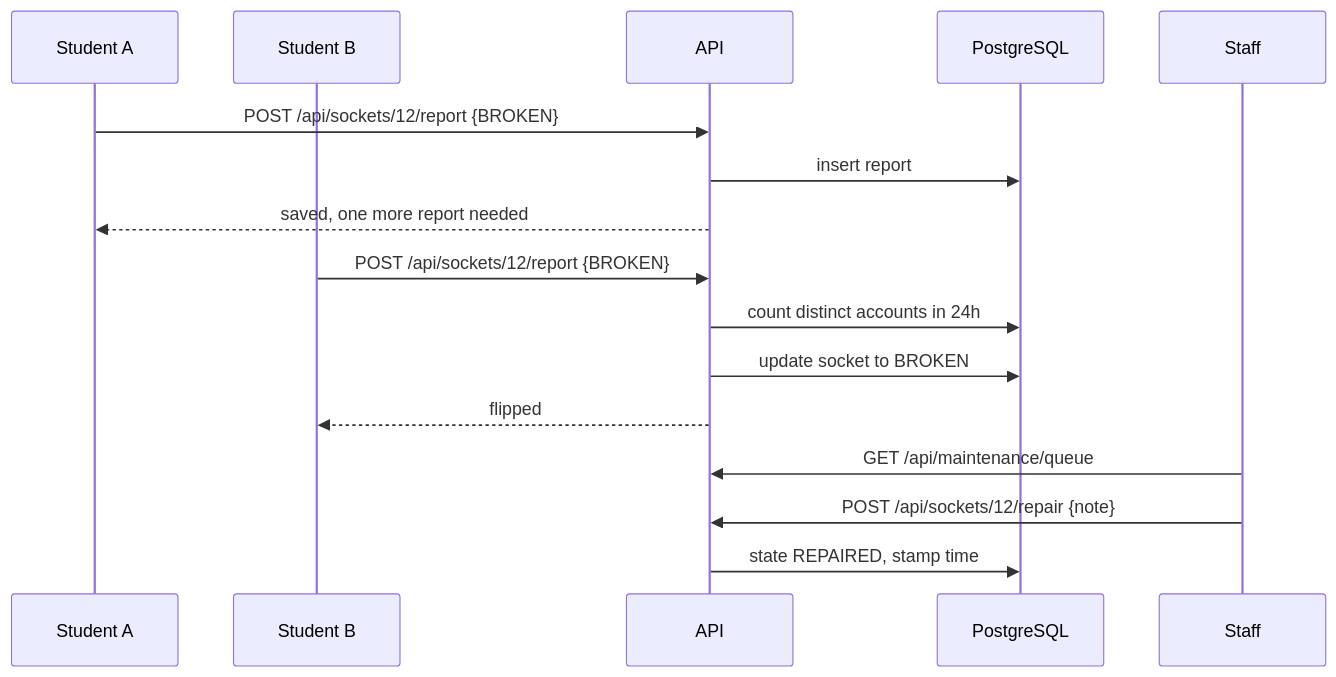
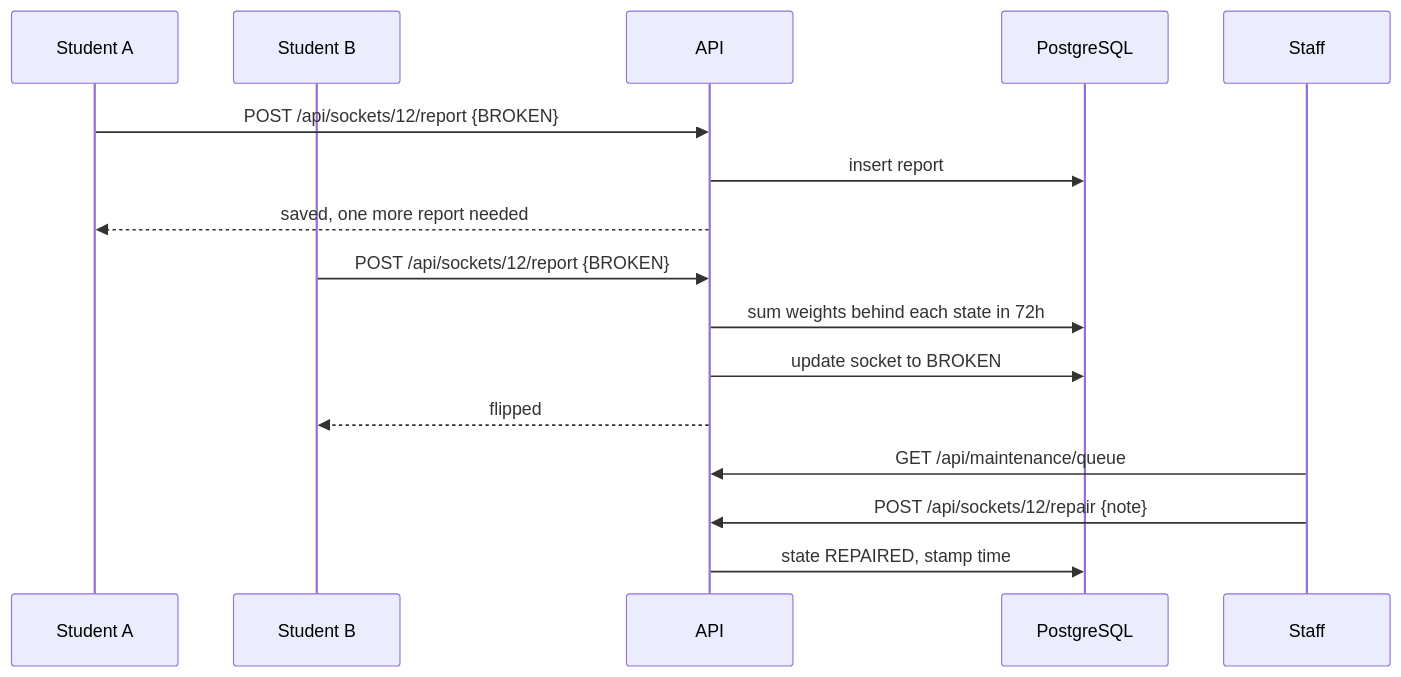
One commit to HenryLiu520/hku-socket-finder changed the third of 3 diagrams in docs/technical.md. Above: the diagram before and after it, drawn with Mermaid. The commit also changed other lines of this file and 15 other files, not shown here.

````diff
--- a/docs/technical.md
+++ b/docs/technical.md
@@ -126,18 +127,18 @@
 ```mermaid
 sequenceDiagram
     participant A as Student A
     participant B as Student B
     participant API
     participant DB as PostgreSQL
     participant S as Staff
     A->>API: POST /api/sockets/12/report {BROKEN}
     API->>DB: insert report
     API-->>A: saved, one more report needed
     B->>API: POST /api/sockets/12/report {BROKEN}
-    API->>DB: count distinct accounts in 24h
+    API->>DB: sum weights behind each state in 72h
     API->>DB: update socket to BROKEN
     API-->>B: flipped
     S->>API: GET /api/maintenance/queue
     S->>API: POST /api/sockets/12/repair {note}
     API->>DB: state REPAIRED, stamp time
 ```
````
